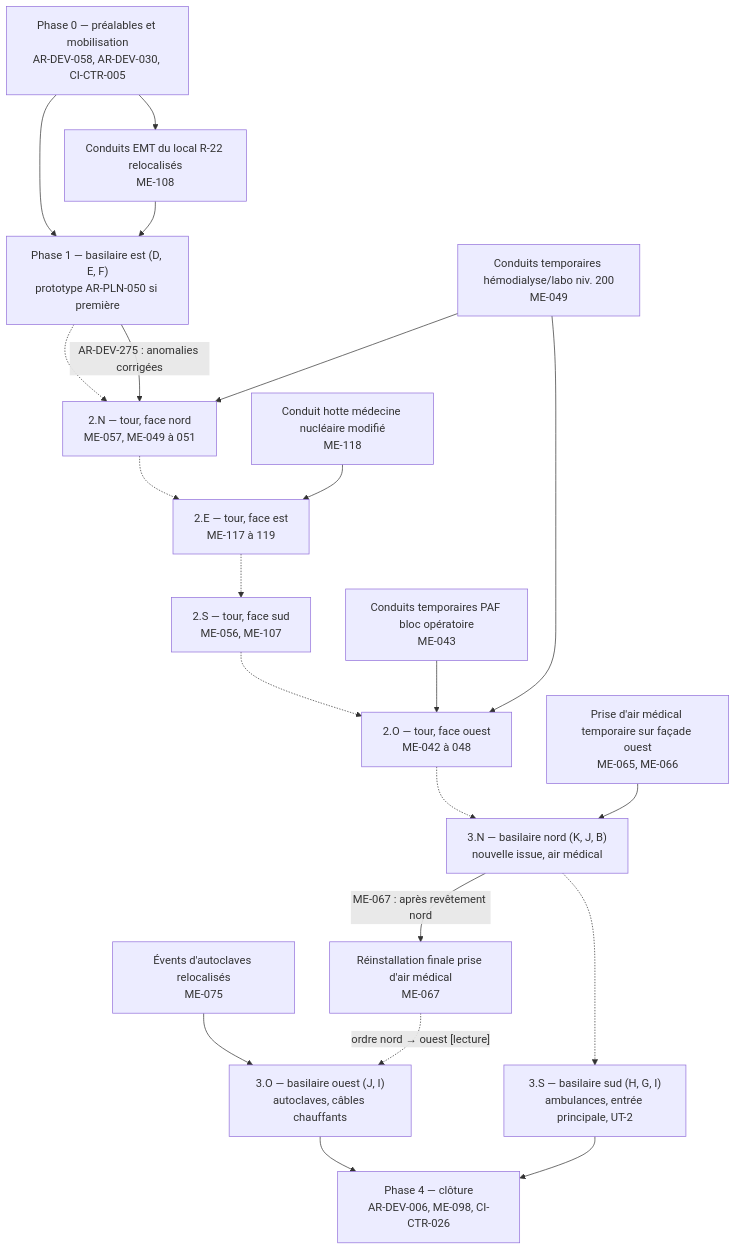
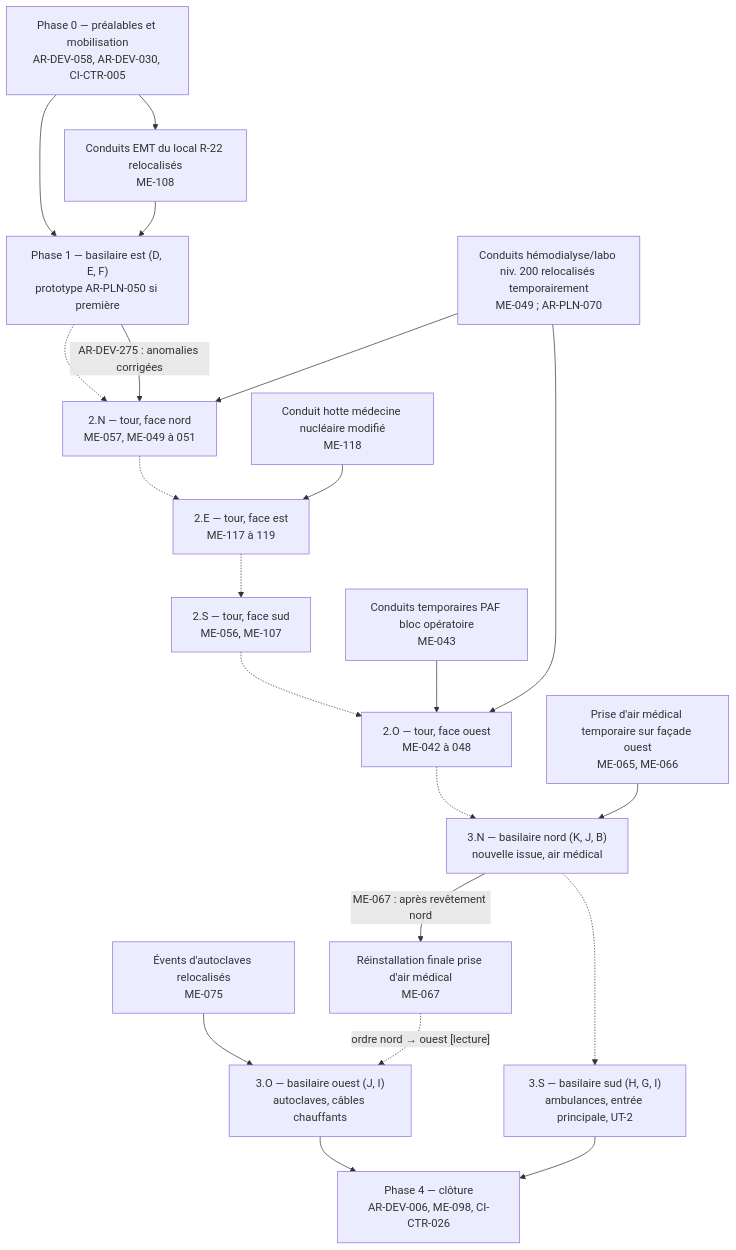
The first of 4 diagrams in analyse/03-phasage.md (GLCRM/Chandler), drawn with Mermaid before and after one commit. The commit also changed other lines of this file and 5 other files, not shown here.

````diff
--- a/analyse/03-phasage.md
+++ b/analyse/03-phasage.md
@@ -265,38 +265,38 @@
 ```mermaid
 flowchart TD
     P0["Phase 0 — préalables et mobilisation<br/>AR-DEV-058, AR-DEV-030, CI-CTR-005"]
     P1["Phase 1 — basilaire est (D, E, F)<br/>prototype AR-PLN-050 si première"]
     T2N["2.N — tour, face nord<br/>ME-057, ME-049 à 051"]
     T2E["2.E — tour, face est<br/>ME-117 à 119"]
     T2S["2.S — tour, face sud<br/>ME-056, ME-107"]
     T2O["2.O — tour, face ouest<br/>ME-042 à 048"]
     B3N["3.N — basilaire nord (K, J, B)<br/>nouvelle issue, air médical"]
     B3O["3.O — basilaire ouest (J, I)<br/>autoclaves, câbles chauffants"]
     B3S["3.S — basilaire sud (H, G, I)<br/>ambulances, entrée principale, UT-2"]
     P4["Phase 4 — clôture<br/>AR-DEV-006, ME-098, CI-CTR-026"]
-    PRE_H["Conduits temporaires hémodialyse/labo niv. 200<br/>ME-049"]
+    PRE_H["Conduits hémodialyse/labo niv. 200 relocalisés temporairement<br/>ME-049 ; AR-PLN-070"]
     PRE_BO["Conduits temporaires PAF bloc opératoire<br/>ME-043"]
     PRE_MN["Conduit hotte médecine nucléaire modifié<br/>ME-118"]
     PRE_AM["Prise d'air médical temporaire sur façade ouest<br/>ME-065, ME-066"]
     PRE_AC["Évents d'autoclaves relocalisés<br/>ME-075"]
     PRE_R22["Conduits EMT du local R-22 relocalisés<br/>ME-108"]
     FIN_AM["Réinstallation finale prise d'air médical<br/>ME-067"]
 
     P0 --> P1
     P0 --> PRE_R22 --> P1
     P1 -.-> T2N
     PRE_H --> T2N
     PRE_H --> T2O
     PRE_MN --> T2E
     PRE_BO --> T2O
     T2N -.-> T2E -.-> T2S -.-> T2O
     T2O -.-> B3N
     PRE_AM --> B3N
     B3N -->|"ME-067 : après revêtement nord"| FIN_AM
     FIN_AM -.->|"ordre nord → ouest [lecture]"| B3O
     PRE_AC --> B3O
     B3N -.-> B3S
     B3O --> P4
     B3S --> P4
     P1 -->|"AR-DEV-275 : anomalies corrigées"| T2N
 ```
````
